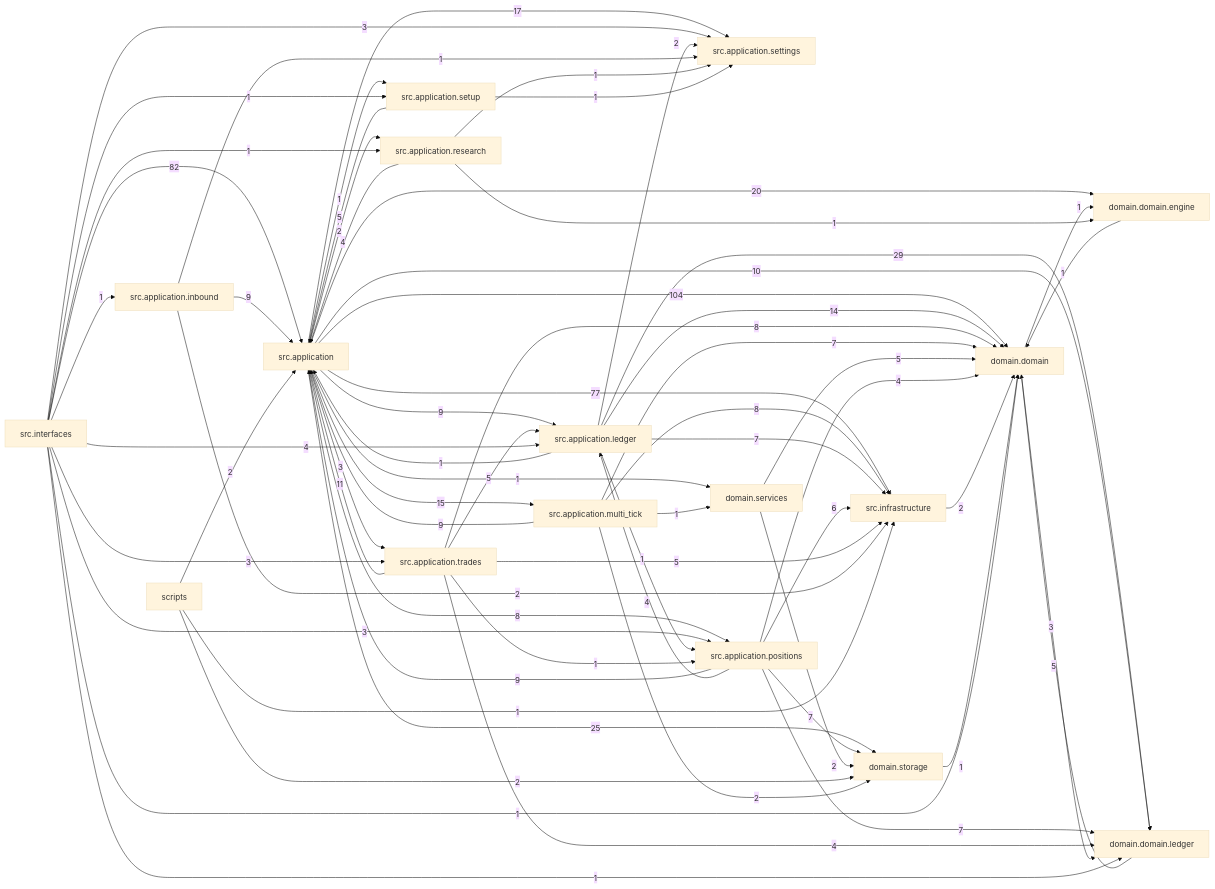
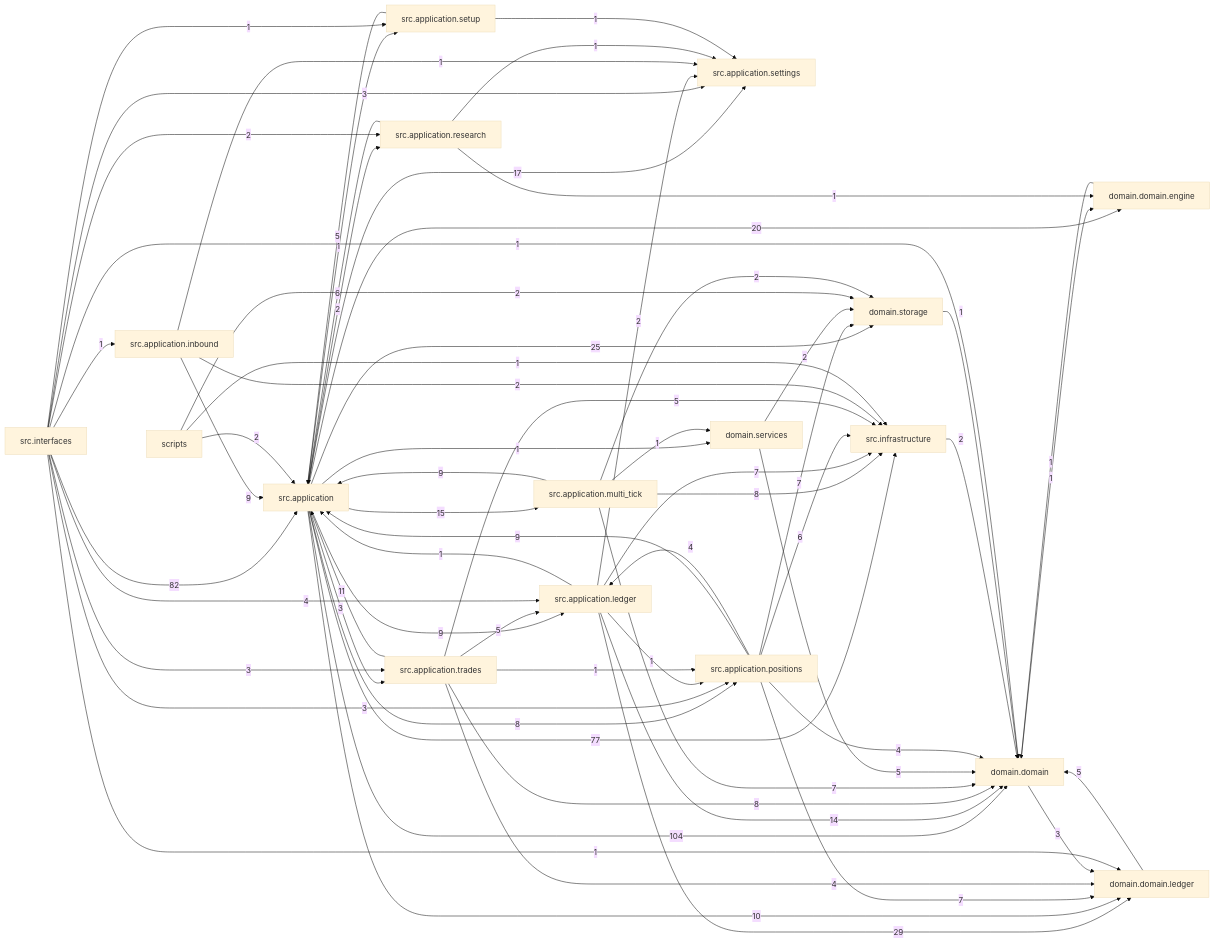
Before and after one commit to liuxie066/options-monitor: the diagram in docs/dependency_graph.mmd, drawn with Mermaid (base theme). The commit also changed 10 other files, not shown here.

```diff
--- a/docs/dependency_graph.mmd
+++ b/docs/dependency_graph.mmd
@@ -1,66 +1,66 @@
 flowchart LR
   src_application["src.application"] -->|104| domain_domain["domain.domain"]
   src_interfaces["src.interfaces"] -->|82| src_application["src.application"]
   src_application["src.application"] -->|77| src_infrastructure["src.infrastructure"]
   src_application_ledger["src.application.ledger"] -->|29| domain_domain_ledger["domain.domain.ledger"]
   src_application["src.application"] -->|25| domain_storage["domain.storage"]
   src_application["src.application"] -->|20| domain_domain_engine["domain.domain.engine"]
   src_application["src.application"] -->|17| src_application_settings["src.application.settings"]
   src_application["src.application"] -->|15| src_application_multi_tick["src.application.multi_tick"]
   src_application_ledger["src.application.ledger"] -->|14| domain_domain["domain.domain"]
   src_application_trades["src.application.trades"] -->|11| src_application["src.application"]
   src_application["src.application"] -->|10| domain_domain_ledger["domain.domain.ledger"]
   src_application["src.application"] -->|9| src_application_ledger["src.application.ledger"]
   src_application_inbound["src.application.inbound"] -->|9| src_application["src.application"]
   src_application_multi_tick["src.application.multi_tick"] -->|9| src_application["src.application"]
   src_application_positions["src.application.positions"] -->|9| src_application["src.application"]
   src_application["src.application"] -->|8| src_application_positions["src.application.positions"]
   src_application_multi_tick["src.application.multi_tick"] -->|8| src_infrastructure["src.infrastructure"]
   src_application_trades["src.application.trades"] -->|8| domain_domain["domain.domain"]
   src_application_ledger["src.application.ledger"] -->|7| src_infrastructure["src.infrastructure"]
   src_application_multi_tick["src.application.multi_tick"] -->|7| domain_domain["domain.domain"]
   src_application_positions["src.application.positions"] -->|7| domain_domain_ledger["domain.domain.ledger"]
   src_application_positions["src.application.positions"] -->|7| domain_storage["domain.storage"]
   src_application_positions["src.application.positions"] -->|6| src_infrastructure["src.infrastructure"]
+  src_application_research["src.application.research"] -->|6| src_application["src.application"]
   domain_domain_ledger["domain.domain.ledger"] -->|5| domain_domain["domain.domain"]
   domain_services["domain.services"] -->|5| domain_domain["domain.domain"]
   src_application_setup["src.application.setup"] -->|5| src_application["src.application"]
   src_application_trades["src.application.trades"] -->|5| src_application_ledger["src.application.ledger"]
   src_application_trades["src.application.trades"] -->|5| src_infrastructure["src.infrastructure"]
   src_application_positions["src.application.positions"] -->|4| domain_domain["domain.domain"]
   src_application_positions["src.application.positions"] -->|4| src_application_ledger["src.application.ledger"]
-  src_application_research["src.application.research"] -->|4| src_application["src.application"]
   src_application_trades["src.application.trades"] -->|4| domain_domain_ledger["domain.domain.ledger"]
   src_interfaces["src.interfaces"] -->|4| src_application_ledger["src.application.ledger"]
   domain_domain["domain.domain"] -->|3| domain_domain_ledger["domain.domain.ledger"]
   src_application["src.application"] -->|3| src_application_trades["src.application.trades"]
   src_interfaces["src.interfaces"] -->|3| src_application_positions["src.application.positions"]
   src_interfaces["src.interfaces"] -->|3| src_application_settings["src.application.settings"]
   src_interfaces["src.interfaces"] -->|3| src_application_trades["src.application.trades"]
   domain_services["domain.services"] -->|2| domain_storage["domain.storage"]
   scripts["scripts"] -->|2| domain_storage["domain.storage"]
   scripts["scripts"] -->|2| src_application["src.application"]
   src_application["src.application"] -->|2| src_application_research["src.application.research"]
   src_application_inbound["src.application.inbound"] -->|2| src_infrastructure["src.infrastructure"]
   src_application_ledger["src.application.ledger"] -->|2| src_application_settings["src.application.settings"]
   src_application_multi_tick["src.application.multi_tick"] -->|2| domain_storage["domain.storage"]
   src_infrastructure["src.infrastructure"] -->|2| domain_domain["domain.domain"]
+  src_interfaces["src.interfaces"] -->|2| src_application_research["src.application.research"]
   domain_domain["domain.domain"] -->|1| domain_domain_engine["domain.domain.engine"]
   domain_domain_engine["domain.domain.engine"] -->|1| domain_domain["domain.domain"]
   domain_storage["domain.storage"] -->|1| domain_domain["domain.domain"]
   scripts["scripts"] -->|1| src_infrastructure["src.infrastructure"]
   src_application["src.application"] -->|1| domain_services["domain.services"]
   src_application["src.application"] -->|1| src_application_setup["src.application.setup"]
   src_application_inbound["src.application.inbound"] -->|1| src_application_settings["src.application.settings"]
   src_application_ledger["src.application.ledger"] -->|1| src_application["src.application"]
   src_application_ledger["src.application.ledger"] -->|1| src_application_positions["src.application.positions"]
   src_application_multi_tick["src.application.multi_tick"] -->|1| domain_services["domain.services"]
   src_application_research["src.application.research"] -->|1| domain_domain_engine["domain.domain.engine"]
   src_application_research["src.application.research"] -->|1| src_application_settings["src.application.settings"]
   src_application_setup["src.application.setup"] -->|1| src_application_settings["src.application.settings"]
   src_application_trades["src.application.trades"] -->|1| src_application_positions["src.application.positions"]
   src_interfaces["src.interfaces"] -->|1| domain_domain["domain.domain"]
   src_interfaces["src.interfaces"] -->|1| domain_domain_ledger["domain.domain.ledger"]
   src_interfaces["src.interfaces"] -->|1| src_application_inbound["src.application.inbound"]
-  src_interfaces["src.interfaces"] -->|1| src_application_research["src.application.research"]
   src_interfaces["src.interfaces"] -->|1| src_application_setup["src.application.setup"]
```
